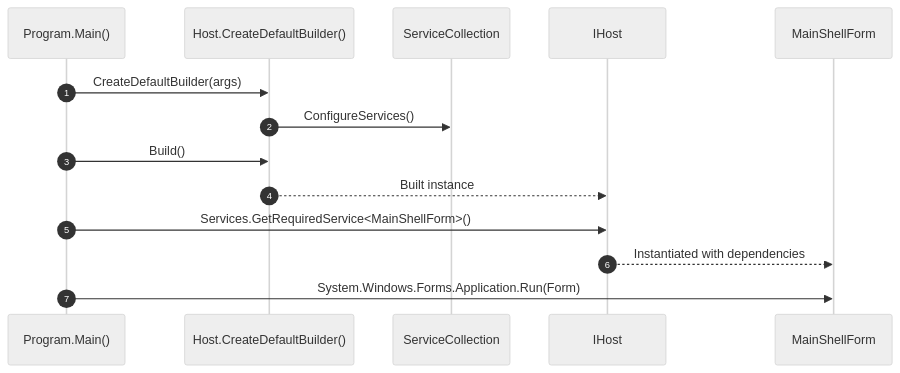
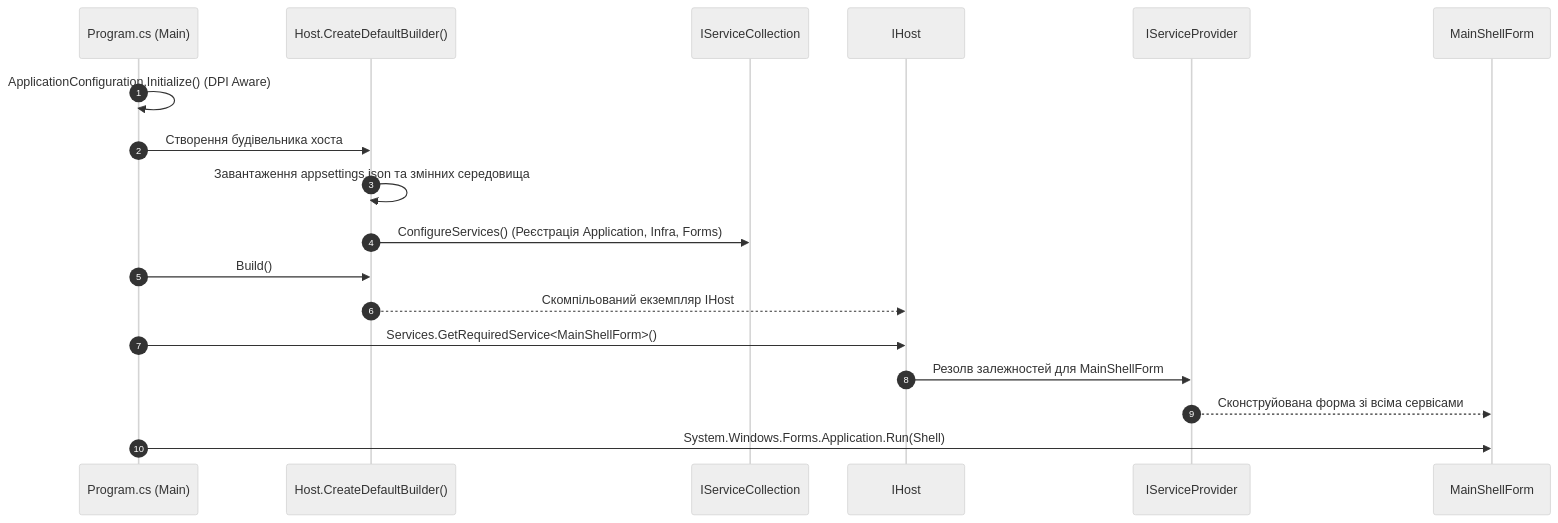
Before and after one commit to MrTomkaYurii/WinForms-HoReCa-Mastery: the diagram in Docs/Lessons/01-generic-host-and-di.md, drawn with Mermaid (neutral theme). The commit also changed other lines of this file and 9 other files, not shown here.

Commit message:
docs(curriculum): Rewrite lessons 01-10 into comprehensive educational guides with Mermaid diagrams in Ukrainian

````diff
--- a/Docs/Lessons/01-generic-host-and-di.md
+++ b/Docs/Lessons/01-generic-host-and-di.md
@@ -27,17 +29,21 @@
 ```mermaid
 sequenceDiagram
     autonumber
-    participant App as Program.Main()
+    participant Main as Program.cs (Main)
     participant HostBuilder as Host.CreateDefaultBuilder()
-    participant DI as ServiceCollection
+    participant DI as IServiceCollection
     participant Host as IHost
-    participant Form as MainShellForm
+    participant Provider as IServiceProvider
+    participant Shell as MainShellForm
 
-    App->>HostBuilder: CreateDefaultBuilder(args)
-    HostBuilder->>DI: ConfigureServices()
-    App->>HostBuilder: Build()
-    HostBuilder-->>Host: Built instance
-    App->>Host: Services.GetRequiredService<MainShellForm>()
-    Host-->>Form: Instantiated with dependencies
-    App->>Form: System.Windows.Forms.Application.Run(Form)
+    Main->>Main: ApplicationConfiguration.Initialize() (DPI Aware)
+    Main->>HostBuilder: Створення будівельника хоста
+    HostBuilder->>HostBuilder: Завантаження appsettings.json та змінних середовища
+    HostBuilder->>DI: ConfigureServices() (Реєстрація Application, Infra, Forms)
+    Main->>HostBuilder: Build()
+    HostBuilder-->>Host: Скомпільований екземпляр IHost
+    Main->>Host: Services.GetRequiredService<MainShellForm>()
+    Host->>Provider: Резолв залежностей для MainShellForm
+    Provider-->>Shell: Сконструйована форма зі всіма сервісами
+    Main->>Shell: System.Windows.Forms.Application.Run(Shell)
 ```
````
